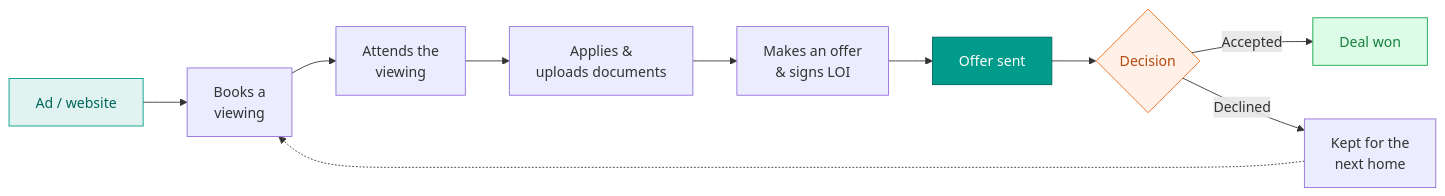
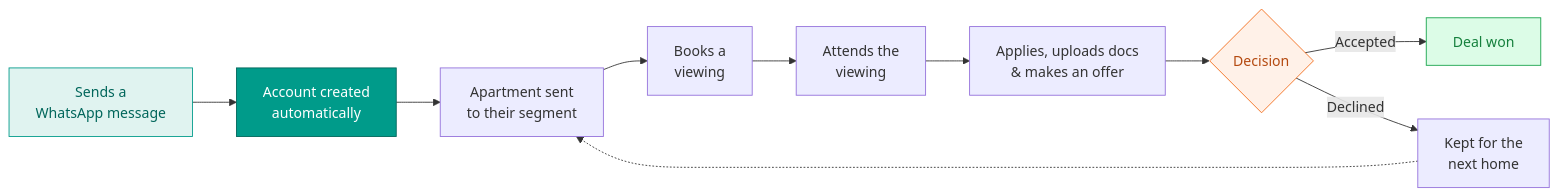
One commit to ApartmentHub03/ApartmentHub changed the first of 7 diagrams in docs/ApartmentHub-CRM.md. Above: the diagram before and after it, drawn with Mermaid. The commit also changed other lines of this file, not shown here.

````diff
--- a/docs/ApartmentHub-CRM.md
+++ b/docs/ApartmentHub-CRM.md
@@ -11,16 +11,16 @@
 ```mermaid
 flowchart LR
-    AD[Ad / website] --> BOOK[Books a<br/>viewing]
+    MSG[Sends a<br/>WhatsApp message] --> ACC[Account created<br/>automatically]
+    ACC --> SEG[Apartment sent<br/>to their segment]
+    SEG --> BOOK[Books a<br/>viewing]
     BOOK --> VIEW[Attends the<br/>viewing]
-    VIEW --> APPLY[Applies &<br/>uploads documents]
-    APPLY --> OFFER[Makes an offer<br/>& signs LOI]
-    OFFER --> SENT[Offer sent]
-    SENT --> DEC{Decision}
+    VIEW --> OFFER[Applies, uploads docs<br/>& makes an offer]
+    OFFER --> DEC{Decision}
     DEC -->|Accepted| WON[Deal won]
     DEC -->|Declined| KEEP[Kept for the<br/>next home]
-    KEEP -.-> BOOK
-    style AD fill:#e0f3f0,stroke:#009B8A,color:#00665b
+    KEEP -.-> SEG
+    style MSG fill:#e0f3f0,stroke:#009B8A,color:#00665b
+    style ACC fill:#009B8A,stroke:#00665b,color:#fff
     style WON fill:#dcfce7,stroke:#16a34a,color:#15803D
     style DEC fill:#fff1e8,stroke:#F36B19,color:#b4490f
-    style SENT fill:#009B8A,stroke:#00665b,color:#fff
 ```
````
